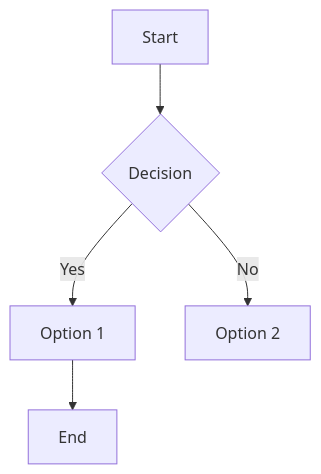
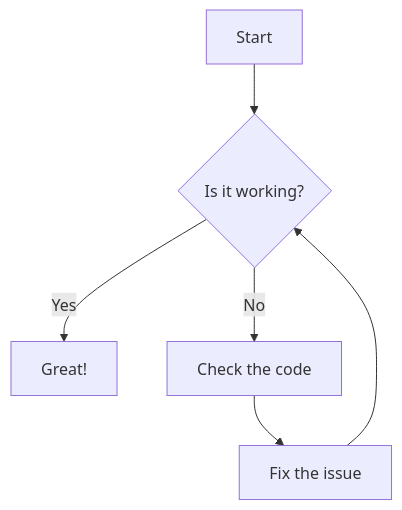
One commit to danielsoden0404/blank-repo changed the diagram in slides-mine.md. Above: the diagram before and after it, drawn with Mermaid. The commit also changed other lines of this file, not shown here.

Commit message:
trying another theme

````diff
--- a/slides-mine.md
+++ b/slides-mine.md
@@ -34,7 +34,8 @@
 ```mermaid
-flowchart TD
-  A[Start] --> B{Decision}
-  B -->|Yes| C[Option 1]
-  B -->|No| D[Option 2]
-  C --> E[End]
+graph TD
+    A[Start] --> B{Is it working?}
+    B -- Yes --> C[Great!]
+    B -- No --> D[Check the code]
+    D --> E[Fix the issue]
+    E --> B
 ```
````
